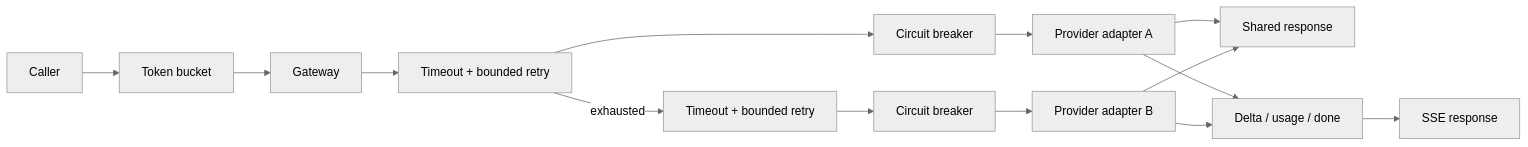
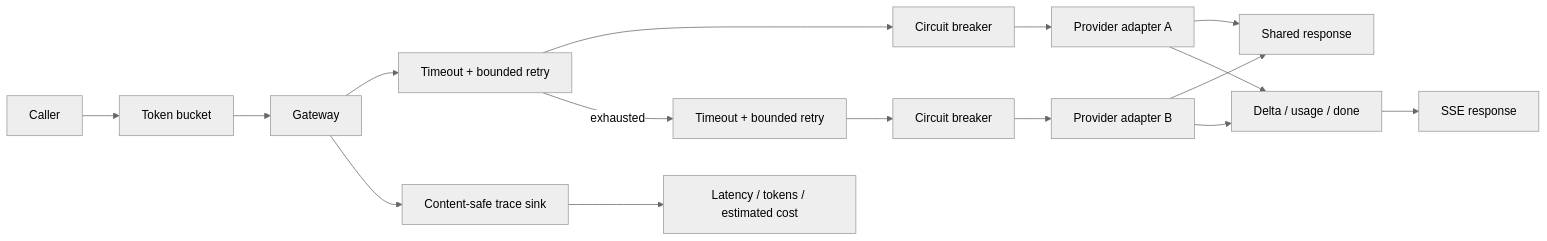
The diagram in docs/architecture.md (aemref/AI-03-multi-provider-ai-gateway), drawn with Mermaid (neutral theme) before and after one commit. The commit also changed other lines of this file and 6 other files, not shown here.

Commit message:
docs: publish observable cost trace example

````diff
--- a/docs/architecture.md
+++ b/docs/architecture.md
@@ -11,16 +11,18 @@
 ```mermaid
 flowchart LR
     C[Caller] --> L[Token bucket]
     L --> G[Gateway]
     G --> R1[Timeout + bounded retry]
     R1 --> C1[Circuit breaker]
     C1 --> P1[Provider adapter A]
     R1 -- exhausted --> R2[Timeout + bounded retry]
     R2 --> C2[Circuit breaker]
     C2 --> P2[Provider adapter B]
     P1 --> S[Shared response]
     P2 --> S
     P1 --> E[Delta / usage / done]
     P2 --> E
     E --> SSE[SSE response]
+    G --> T[Content-safe trace sink]
+    T --> O[Latency / tokens / estimated cost]
 ```
````
